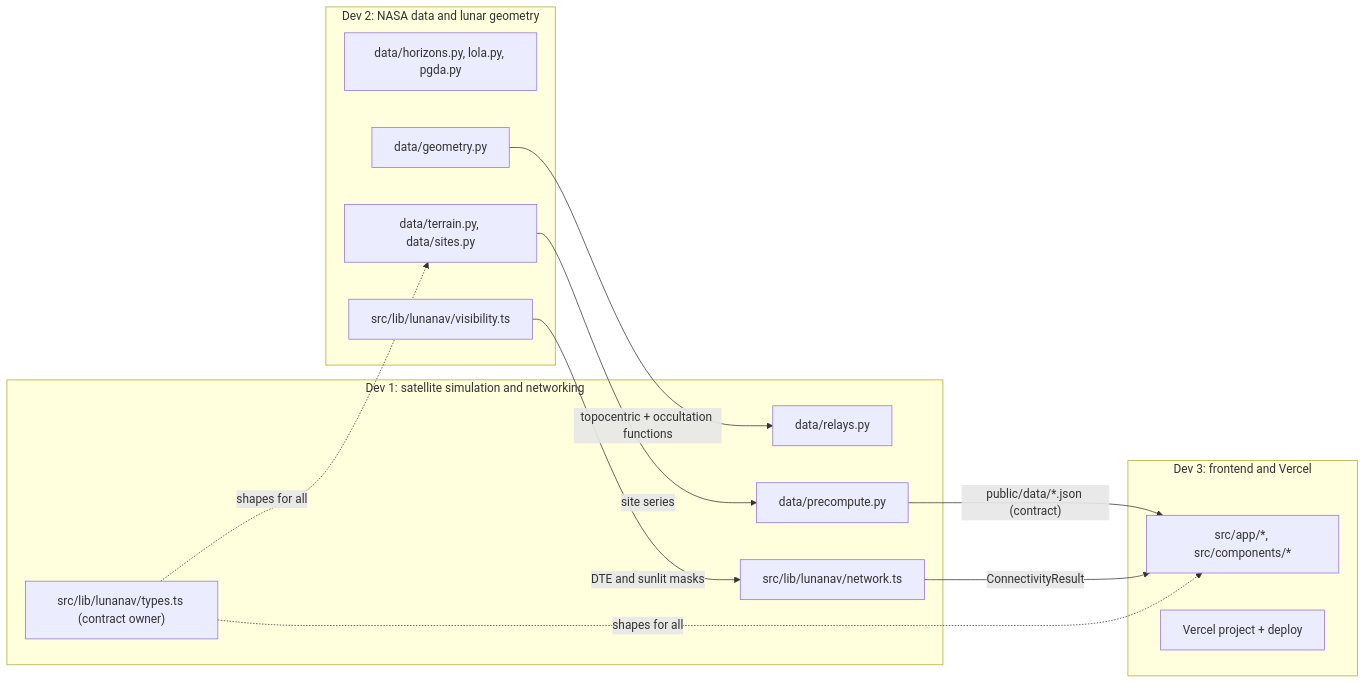
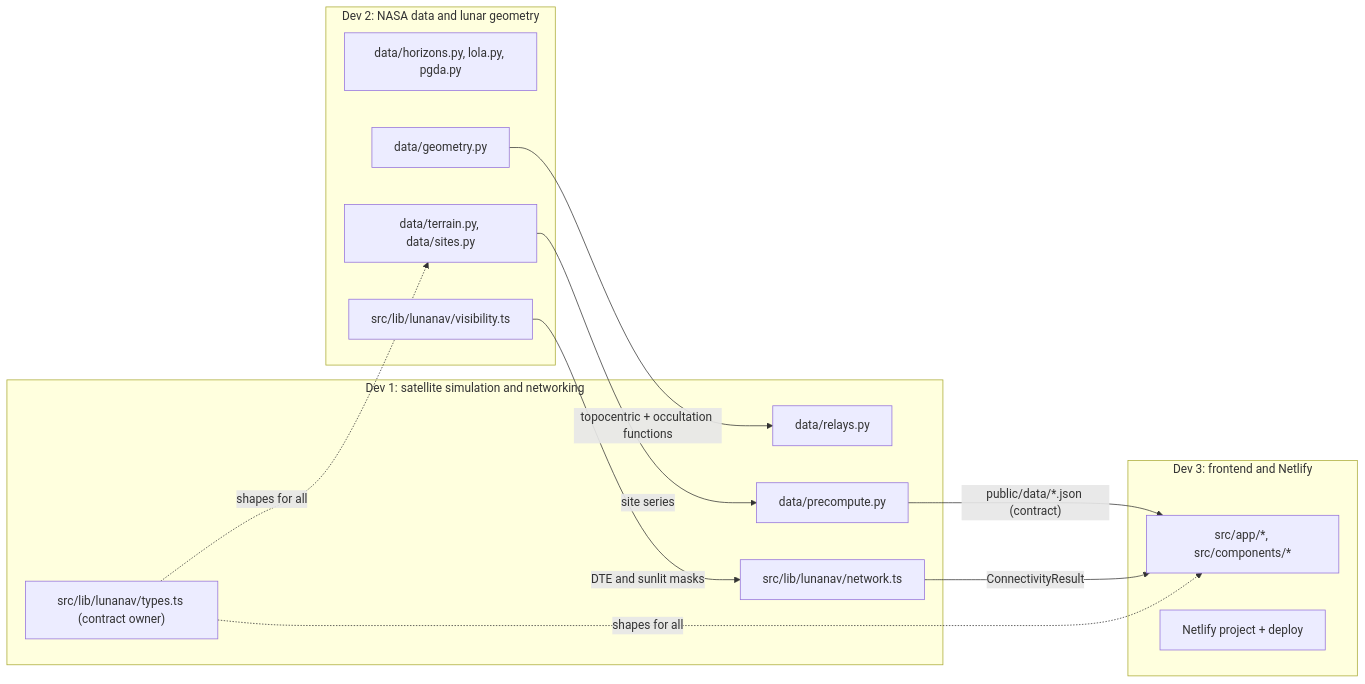
The sixth of 6 diagrams in docs/architecture.md (Vathys/space-apps-2026), drawn with Mermaid before and after one commit. The commit also changed other lines of this file and 12 other files, not shown here.

Commit message:
chore(docs): host on Netlify instead of Vercel (D-22)

````diff
--- a/docs/architecture.md
+++ b/docs/architecture.md
@@ -153,26 +153,26 @@
 ```mermaid
 flowchart LR
   subgraph D2["Dev 2: NASA data and lunar geometry"]
     G1["data/horizons.py, lola.py, pgda.py"]
     G2["data/terrain.py, data/sites.py"]
     G3["data/geometry.py"]
     G4["src/lib/lunanav/visibility.ts"]
   end
   subgraph D1["Dev 1: satellite simulation and networking"]
     N1["data/relays.py"]
     N2["data/precompute.py"]
     N3["src/lib/lunanav/network.ts"]
     N0["src/lib/lunanav/types.ts (contract owner)"]
   end
-  subgraph D3["Dev 3: frontend and Vercel"]
+  subgraph D3["Dev 3: frontend and Netlify"]
     F1["src/app/*, src/components/*"]
-    F2["Vercel project + deploy"]
+    F2["Netlify project + deploy"]
   end
   G2 -->|"site series"| N2
   G3 -->|"topocentric + occultation functions"| N1
   N2 -->|"public/data/*.json (contract)"| F1
   G4 -->|"DTE and sunlit masks"| N3
   N3 -->|"ConnectivityResult"| F1
   N0 -.->|"shapes for all"| G2
   N0 -.->|"shapes for all"| F1
 ```
````
